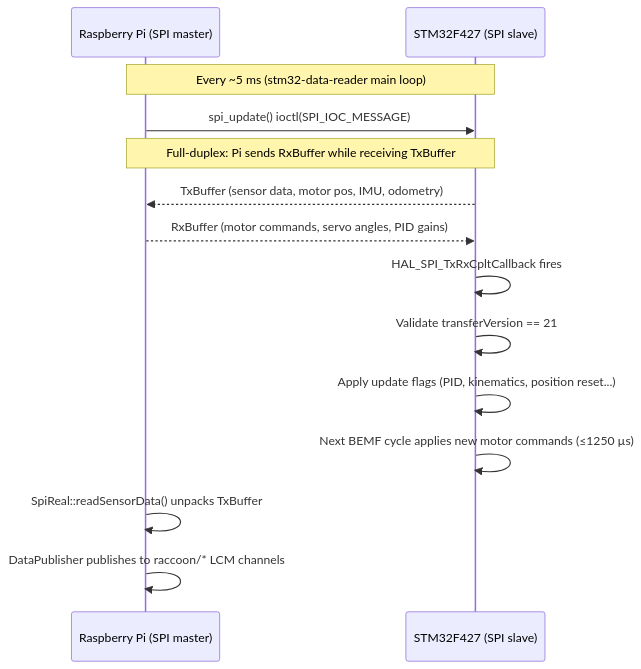
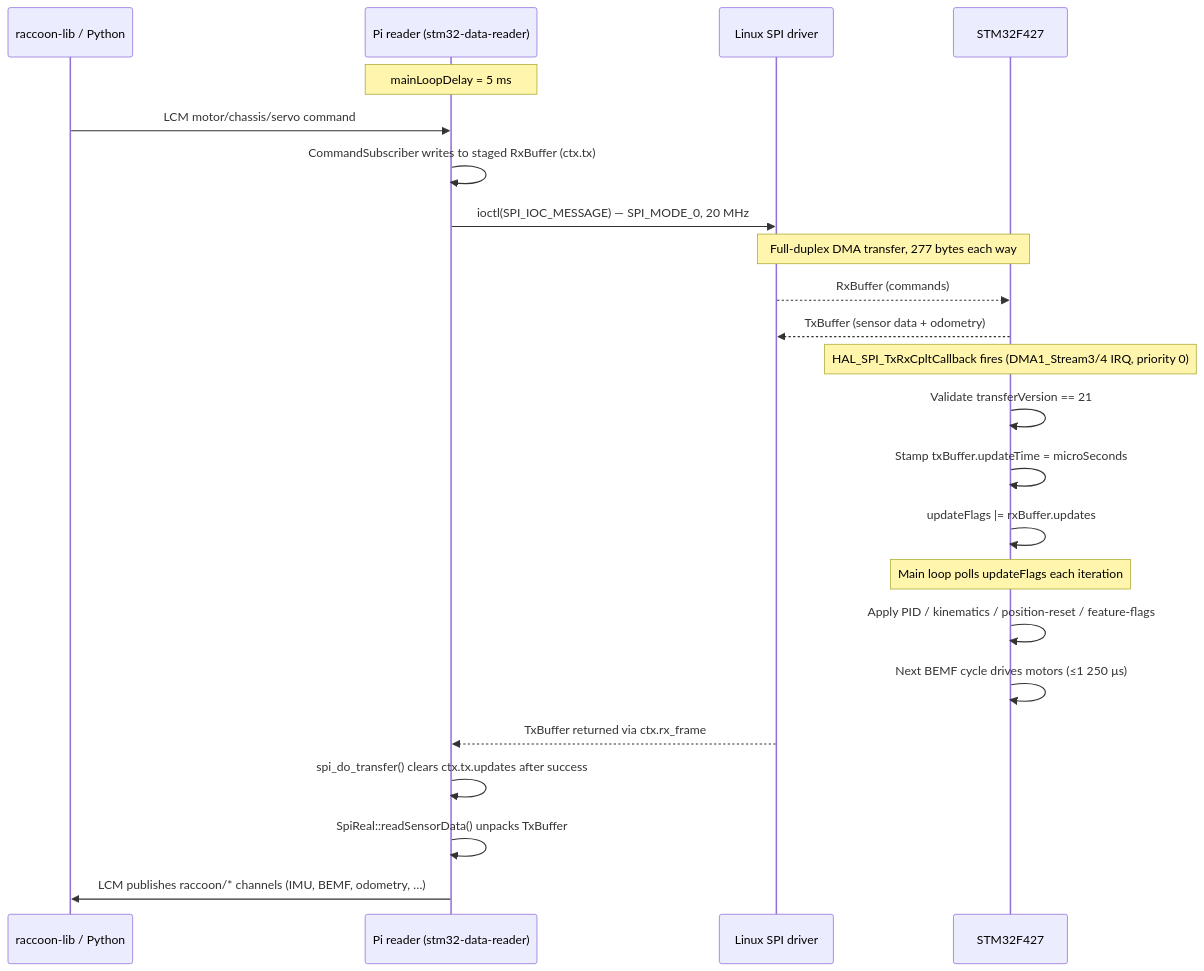
One commit to htl-stp-ecer/documentation changed the first of 5 diagrams in content/06-firmware/spi-protocol.md. Above: the diagram before and after it, drawn with Mermaid. The commit also changed other lines of this file and 11 other files, not shown here.

````diff
--- a/content/06-firmware/spi-protocol.md
+++ b/content/06-firmware/spi-protocol.md
@@ -21,21 +23,26 @@
 ```mermaid
 sequenceDiagram
-    participant Pi as Raspberry Pi (SPI master)
-    participant STM as STM32F427 (SPI slave)
+    participant App as raccoon-lib / Python
+    participant Pi as Pi reader (stm32-data-reader)
+    participant Kernel as Linux SPI driver
+    participant STM as STM32F427
 
-    Note over Pi,STM: Every ~5 ms (stm32-data-reader main loop)
-
-    Pi->>STM: spi_update() ioctl(SPI_IOC_MESSAGE)
-    Note over Pi,STM: Full-duplex: Pi sends RxBuffer while receiving TxBuffer
-
-    STM-->>Pi: TxBuffer (sensor data, motor pos, IMU, odometry)
-    Pi-->>STM: RxBuffer (motor commands, servo angles, PID gains)
-
-    STM->>STM: HAL_SPI_TxRxCpltCallback fires
+    Note over Pi: mainLoopDelay = 5 ms
+    App->>Pi: LCM motor/chassis/servo command
+    Pi->>Pi: CommandSubscriber writes to staged RxBuffer (ctx.tx)
+    Pi->>Kernel: ioctl(SPI_IOC_MESSAGE) — SPI_MODE_0, 20 MHz
+    Note over Kernel,STM: Full-duplex DMA transfer, 277 bytes each way
+    Kernel-->>STM: RxBuffer (commands)
+    STM-->>Kernel: TxBuffer (sensor data + odometry)
+    Note over STM: HAL_SPI_TxRxCpltCallback fires (DMA1_Stream3/4 IRQ, priority 0)
     STM->>STM: Validate transferVersion == 21
-    STM->>STM: Apply update flags (PID, kinematics, position reset...)
-    STM->>STM: Next BEMF cycle applies new motor commands (≤1250 µs)
-
+    STM->>STM: Stamp txBuffer.updateTime = microSeconds
+    STM->>STM: updateFlags |= rxBuffer.updates
+    Note over STM: Main loop polls updateFlags each iteration
+    STM->>STM: Apply PID / kinematics / position-reset / feature-flags
+    STM->>STM: Next BEMF cycle drives motors (≤1 250 µs)
+    Kernel-->>Pi: TxBuffer returned via ctx.rx_frame
+    Pi->>Pi: spi_do_transfer() clears ctx.tx.updates after success
     Pi->>Pi: SpiReal::readSensorData() unpacks TxBuffer
-    Pi->>Pi: DataPublisher publishes to raccoon/* LCM channels
+    Pi->>App: LCM publishes raccoon/* channels (IMU, BEMF, odometry, …)
 ```
````
